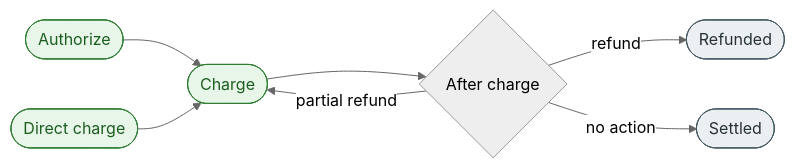
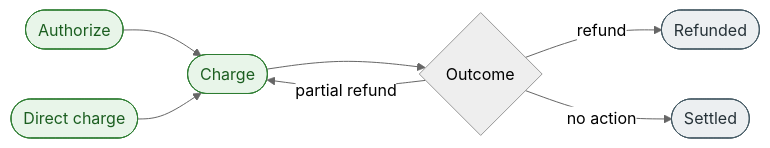
Before and after one commit to nelly-welly/sample-test: the diagram in docs/concept-topics/charge-overview.md, drawn with Mermaid (neutral theme). The commit also changed other lines of this file and 4 other files, not shown here.

````diff
--- a/docs/concept-topics/charge-overview.md
+++ b/docs/concept-topics/charge-overview.md
@@ -33,14 +33,14 @@
 ```mermaid
 flowchart LR
     A([Authorize]) --> B([Charge])
     Z([Direct charge]) --> B
-    B --> C{After charge}
+    B --> C{Outcome}
     C -- refund --> D([Refunded])
     C -- partial refund --> B
     C -- no action --> E([Settled])
 
     classDef terminal fill:#eceff1,stroke:#455a64,color:#263238
     classDef money fill:#e8f5e9,stroke:#2e7d32,color:#1b5e20
     class D,E terminal
     class A,B,Z money
 ```
````
